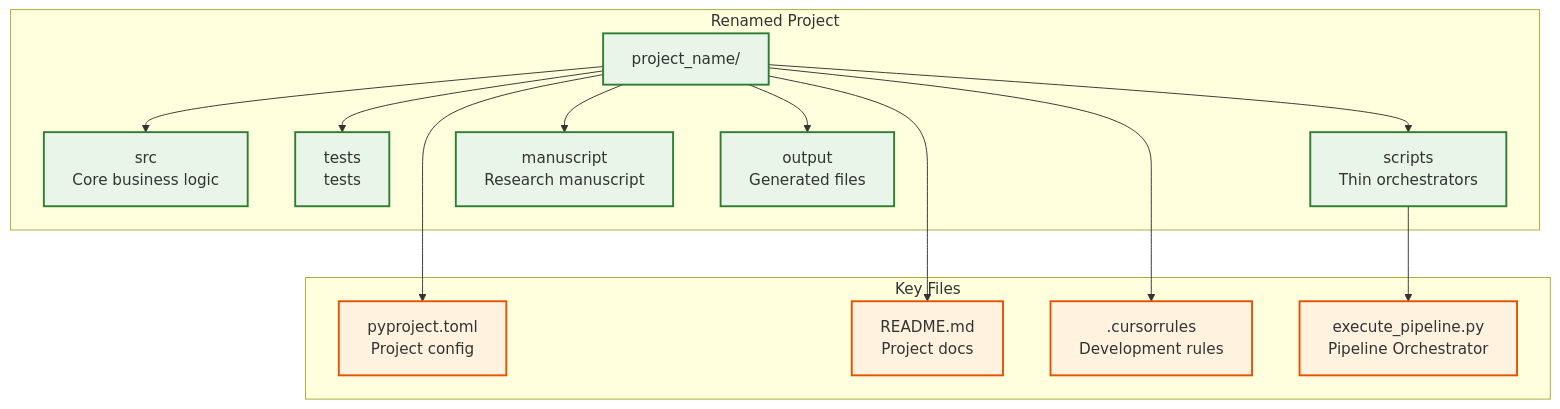
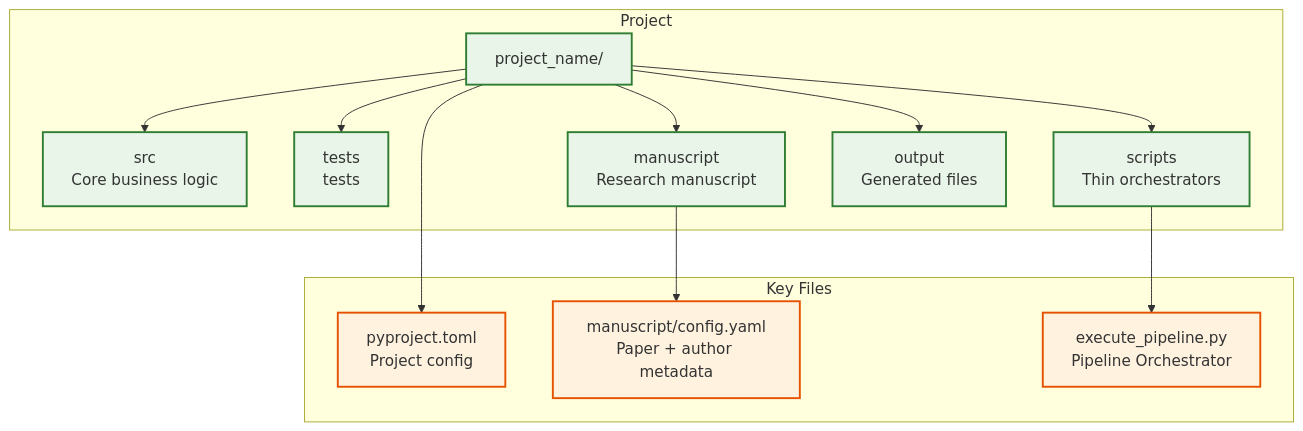
Before and after one commit to docxology/template: the first of 2 diagrams in docs/usage/examples.md, drawn with Mermaid. The commit also changed other lines of this file and 34 other files, not shown here.

````diff
--- a/docs/usage/examples.md
+++ b/docs/usage/examples.md
@@ -83,35 +106,33 @@
 ```mermaid
 graph TB
-    subgraph "Renamed Project"
+    subgraph "Project"
         ROOT[project_name/]
         SRC[src<br/>Core business logic]
         TESTS[tests<br/>tests]
         SCRIPTS[scripts<br/>Thin orchestrators]
         MANUSCRIPT[manuscript<br/>Research manuscript]
         OUTPUT[output<br/>Generated files]
     end
 
     subgraph "Key Files"
         PYPROJECT[pyproject.toml<br/>Project config]
-        README[README.md<br/>Project docs]
-        CURSORRULES[.cursorrules<br/>Development rules]
+        CONFIG[manuscript/config.yaml<br/>Paper + author metadata]
         RENDER[execute_pipeline.py<br/>Pipeline Orchestrator]
     end
 
     ROOT --> SRC
     ROOT --> TESTS
     ROOT --> SCRIPTS
     ROOT --> MANUSCRIPT
     ROOT --> OUTPUT
 
     ROOT --> PYPROJECT
-    ROOT --> README
-    ROOT --> CURSORRULES
+    MANUSCRIPT --> CONFIG
     SCRIPTS --> RENDER
 
     classDef dir fill:#e8f5e8,stroke:#2e7d32,stroke-width:2px
     classDef file fill:#fff3e0,stroke:#e65100,stroke-width:2px
 
     class ROOT,SRC,TESTS,SCRIPTS,MANUSCRIPT,OUTPUT dir
-    class PYPROJECT,README,CURSORRULES,RENDER file
+    class PYPROJECT,CONFIG,RENDER file
 ```
````
